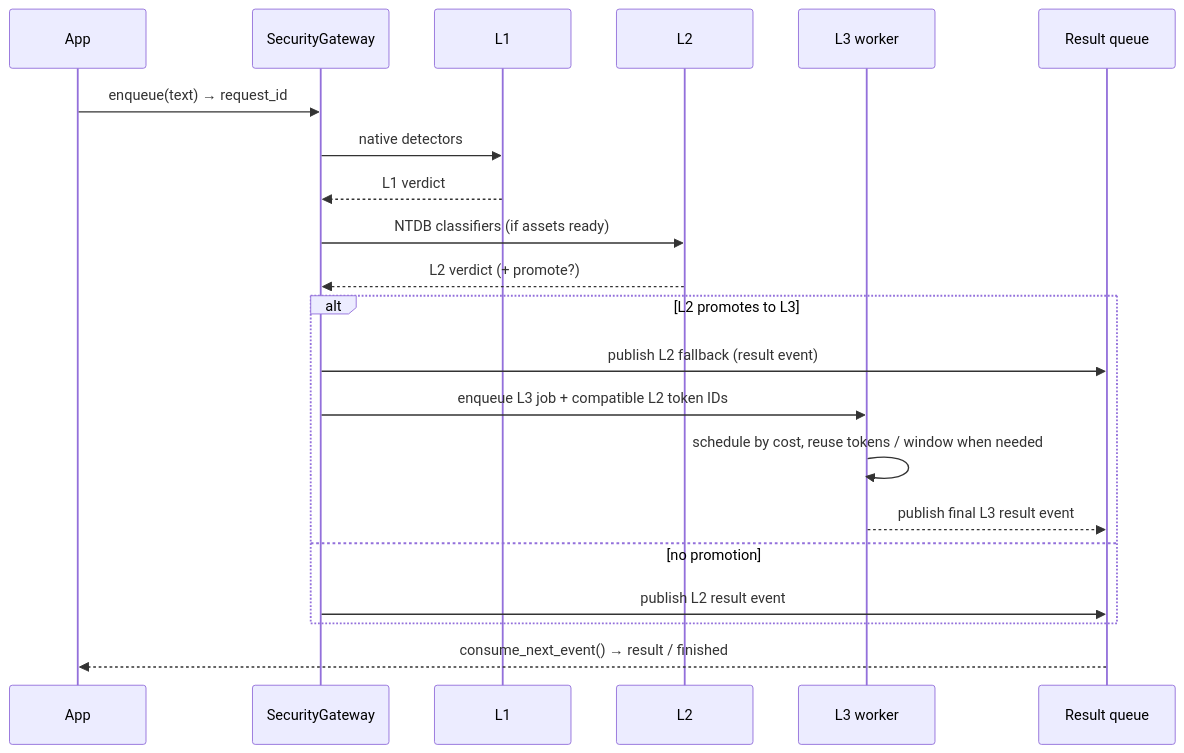
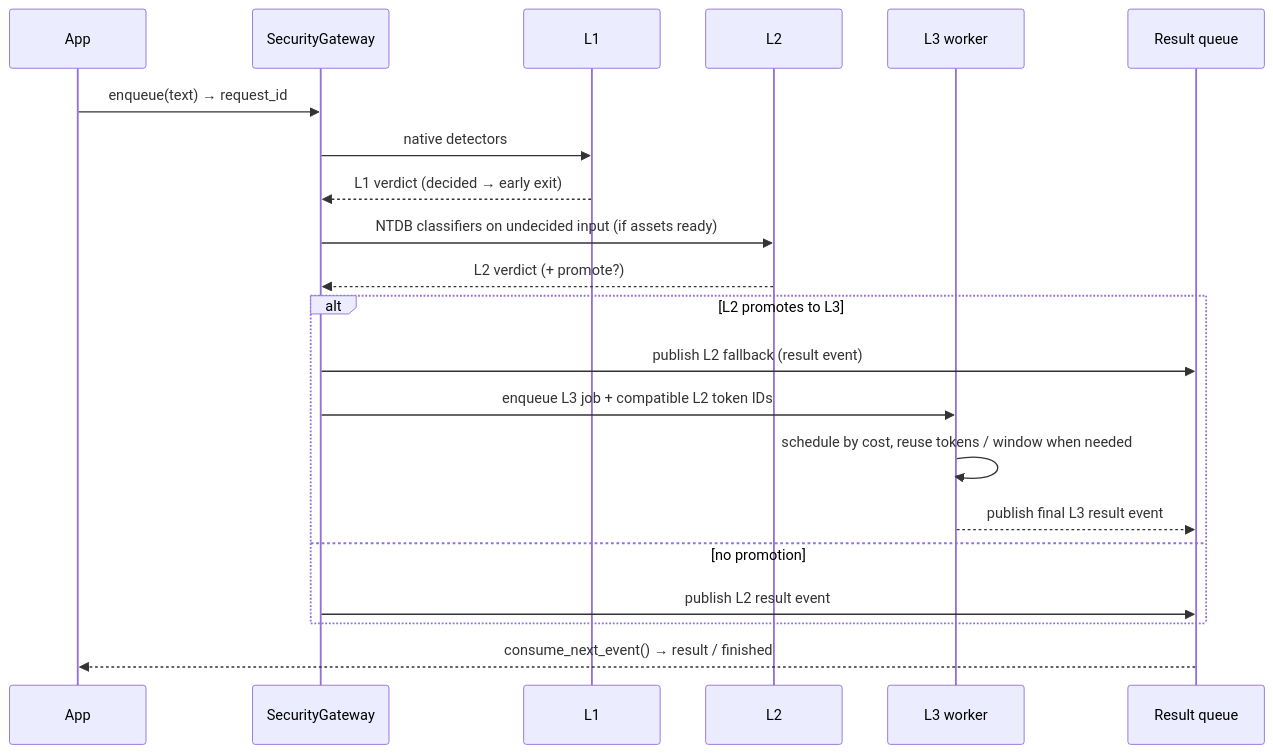
One commit to patronus-protect/patronus-security changed the second of 2 diagrams in docs/concepts/architecture.md. Above: the diagram before and after it, drawn with Mermaid. The commit also changed other lines of this file and 9 other files, not shown here.

````diff
--- a/docs/concepts/architecture.md
+++ b/docs/concepts/architecture.md
@@ -143,24 +139,24 @@
 ```mermaid
 sequenceDiagram
     participant App
     participant GW as SecurityGateway
     participant L1
     participant L2
     participant W as L3 worker
     participant Q as Result queue
 
     App->>GW: enqueue(text) → request_id
     GW->>L1: native detectors
-    L1-->>GW: L1 verdict
-    GW->>L2: NTDB classifiers (if assets ready)
+    L1-->>GW: L1 verdict (decided → early exit)
+    GW->>L2: NTDB classifiers on undecided input (if assets ready)
     L2-->>GW: L2 verdict (+ promote?)
     alt L2 promotes to L3
         GW->>Q: publish L2 fallback (result event)
         GW->>W: enqueue L3 job + compatible L2 token IDs
         W->>W: schedule by cost, reuse tokens / window when needed
         W-->>Q: publish final L3 result event
     else no promotion
         GW->>Q: publish L2 result event
     end
     Q-->>App: consume_next_event() → result / finished
 ```
````
